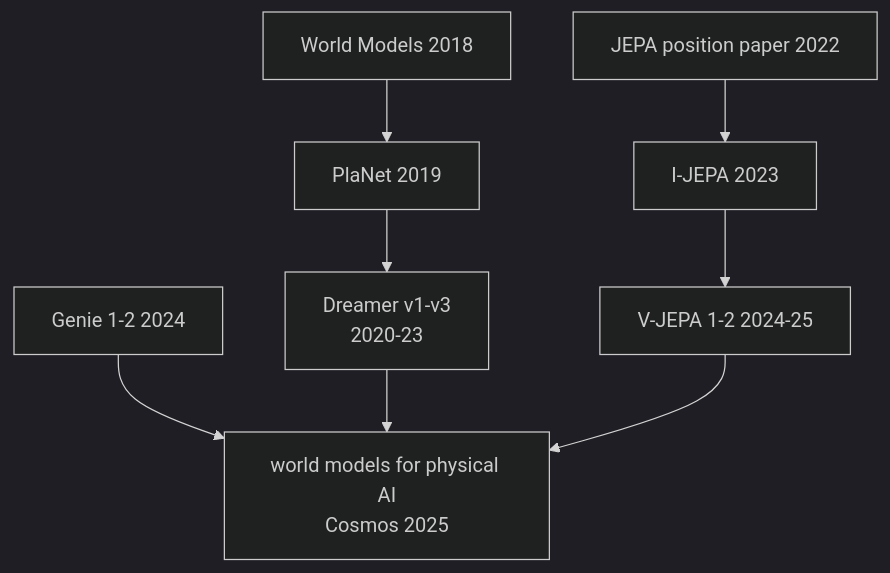
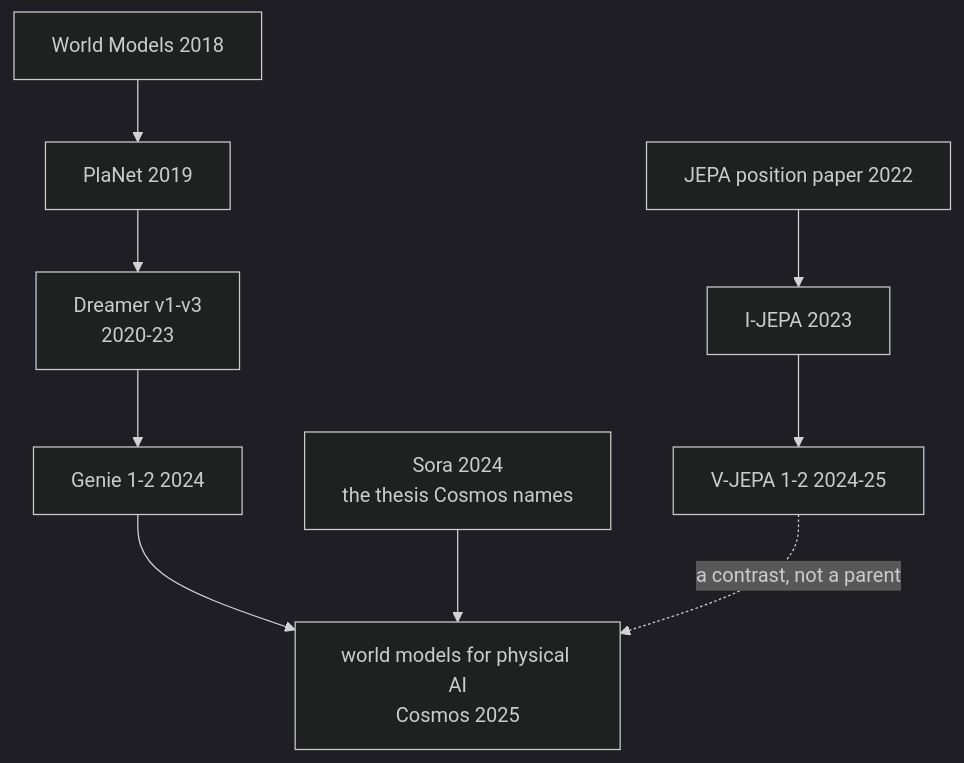
One commit to jiseop-byeon/phd-wiki changed the sixth of 12 diagrams in content/03-deep-learning/lineage.md. Above: the diagram before and after it, drawn with Mermaid (dark theme). The commit also changed other lines of this file, not shown here.

````diff
--- a/content/03-deep-learning/lineage.md
+++ b/content/03-deep-learning/lineage.md
@@ -102,10 +103,11 @@
 ```mermaid
 graph TD
     WME["World Models 2018"] --> PlaNetE["PlaNet 2019"]
     PlaNetE --> DreamerE["Dreamer v1-v3<br/>2020-23"]
     JEPAE["JEPA position paper 2022"] --> IJEPAE["I-JEPA 2023"]
     IJEPAE --> VJEPAE["V-JEPA 1-2 2024-25"]
-    GenieE["Genie 1-2 2024"] --> PhysAIE["world models for physical AI<br/>Cosmos 2025"]
-    DreamerE --> PhysAIE
-    VJEPAE --> PhysAIE
+    DreamerE --> GenieE["Genie 1-2 2024"]
+    GenieE --> PhysAIE["world models for physical AI<br/>Cosmos 2025"]
+    SoraE["Sora 2024<br/>the thesis Cosmos names"] --> PhysAIE
+    VJEPAE -. "a contrast, not a parent" .-> PhysAIE
 ```
````
